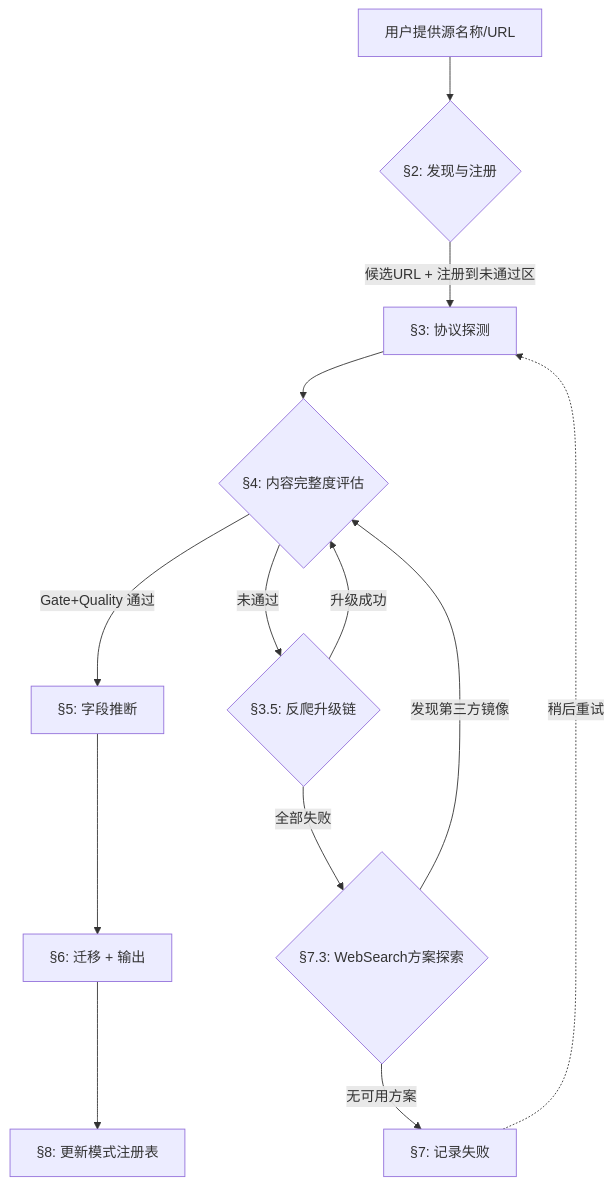
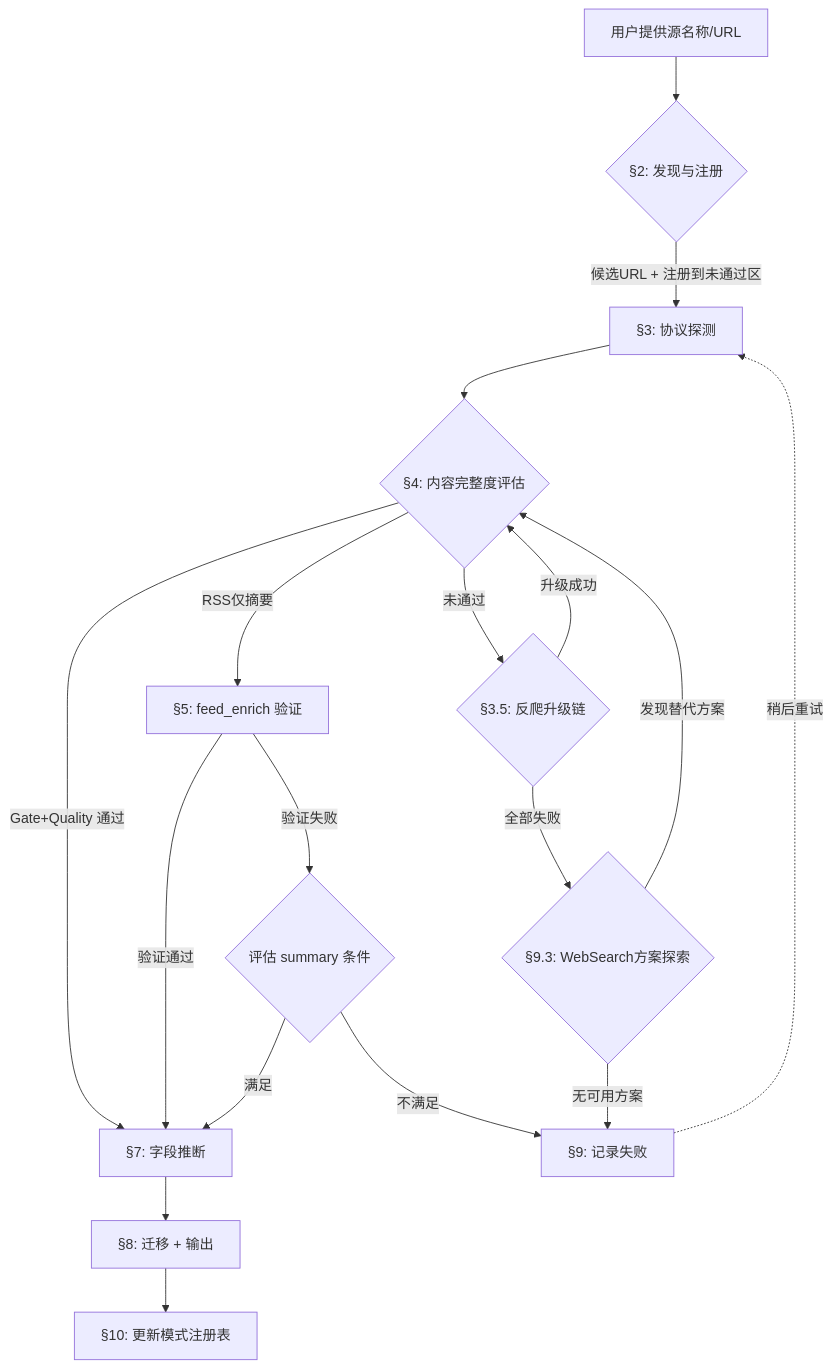
One commit to banks171/AIskills changed the diagram in feed-source-onboarding/SKILL.md. Above: the diagram before and after it, drawn with Mermaid. The commit also changed other lines of this file and 4 other files, not shown here.

````diff
--- a/feed-source-onboarding/SKILL.md
+++ b/feed-source-onboarding/SKILL.md
@@ -13,15 +13,20 @@
 ```mermaid
 flowchart TD
     A["用户提供源名称/URL"] --> B{"§2: 发现与注册"}
     B -->|候选URL + 注册到未通过区| C["§3: 协议探测"]
     C --> D{"§4: 内容完整度评估"}
-    D -->|Gate+Quality 通过| E["§5: 字段推断"]
-    E --> F["§6: 迁移 + 输出"]
-    D -->|未通过| G{"§3.5: 反爬升级链"}
-    G -->|升级成功| D
-    G -->|全部失败| H{"§7.3: WebSearch方案探索"}
-    H -->|发现第三方镜像| D
-    H -->|无可用方案| I["§7: 记录失败"]
-    F --> J["§8: 更新模式注册表"]
+    D -->|Gate+Quality 通过| E["§7: 字段推断"]
+    D -->|RSS仅摘要| F["§5: feed_enrich 验证"]
+    F -->|验证通过| E
+    F -->|验证失败| D2{评估 summary 条件}
+    D2 -->|满足| E
+    D2 -->|不满足| I
+    E --> G["§8: 迁移 + 输出"]
+    D -->|未通过| H{"§3.5: 反爬升级链"}
+    H -->|升级成功| D
+    H -->|全部失败| H2{"§9.3: WebSearch方案探索"}
+    H2 -->|发现替代方案| D
+    H2 -->|无可用方案| I["§9: 记录失败"]
+    G --> J["§10: 更新模式注册表"]
     I -.->|"稍后重试"| C
 ```
````
